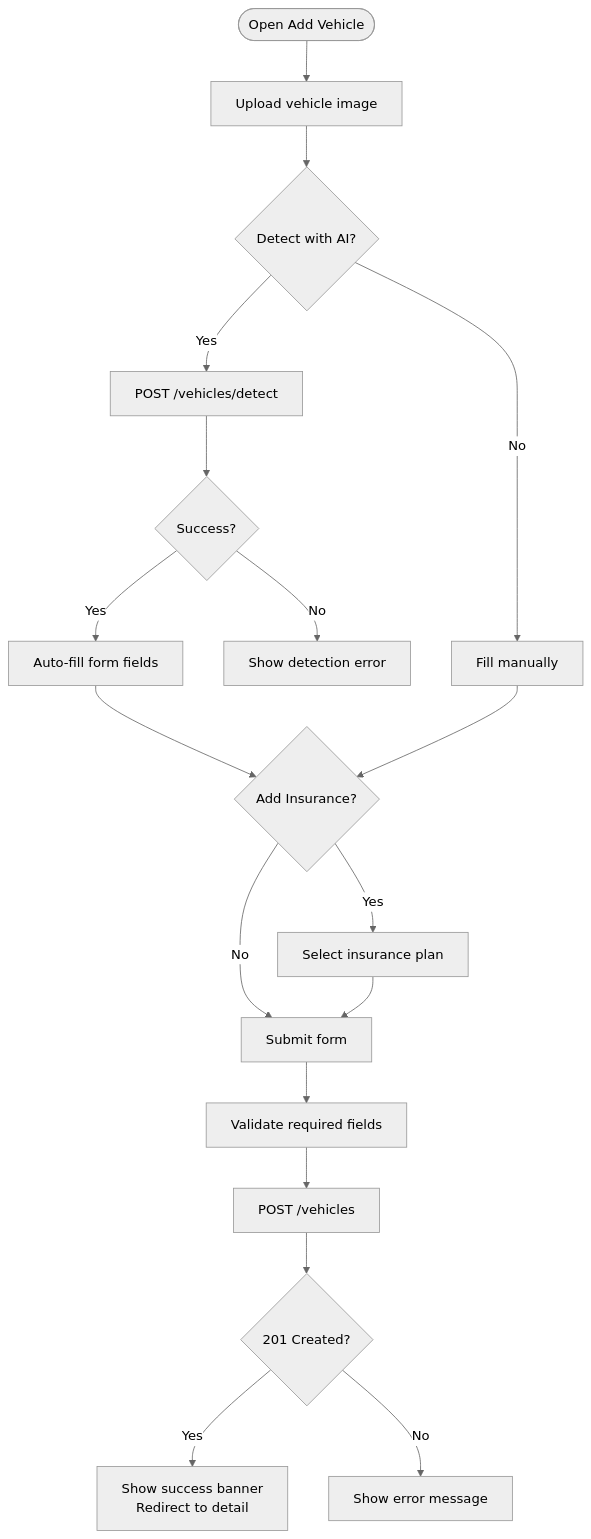
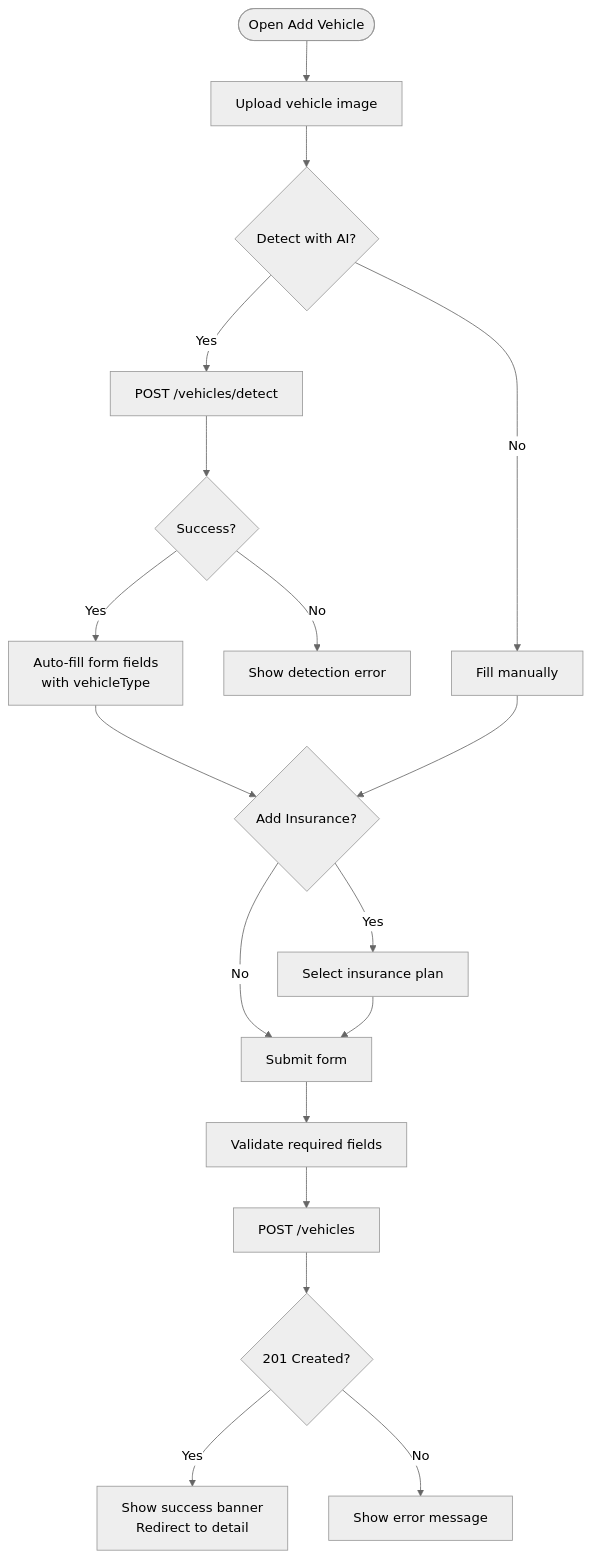
Before and after one commit to NaveenHiranya/Smart-Vehicle-Insurance-Claim-System: the third of 6 diagrams in .qoder/repowiki/en/content/Frontend Documentation/Pages and Views/User Pages/Vehicle Management Page.md, drawn with Mermaid (neutral theme). The commit also changed other lines of this file and 17 other files, not shown here.

````diff
--- a/.qoder/repowiki/en/content/Frontend Documentation/Pages and Views/User Pages/Vehicle Management Page.md
+++ b/.qoder/repowiki/en/content/Frontend Documentation/Pages and Views/User Pages/Vehicle Management Page.md
@@ -213,21 +223,21 @@
 ```mermaid
 flowchart TD
 Start(["Open Add Vehicle"]) --> Upload["Upload vehicle image"]
 Upload --> Detect{"Detect with AI?"}
 Detect --> |Yes| CallAPI["POST /vehicles/detect"]
 CallAPI --> Result{"Success?"}
-Result --> |Yes| Fill["Auto-fill form fields"]
+Result --> |Yes| Fill["Auto-fill form fields<br/>with vehicleType"]
 Result --> |No| ShowErr["Show detection error"]
 Detect --> |No| Manual["Fill manually"]
 Fill --> Insurance{"Add Insurance?"}
 Manual --> Insurance
 Insurance --> |Yes| SelectPlan["Select insurance plan"]
 Insurance --> |No| Submit["Submit form"]
 SelectPlan --> Submit
 Submit --> Validate["Validate required fields"]
 Post["POST /vehicles"]
 Validate --> Post
 Post --> Resp{"201 Created?"}
 Resp --> |Yes| Success["Show success banner<br/>Redirect to detail"]
 Resp --> |No| Err["Show error message"]
 ```
````
